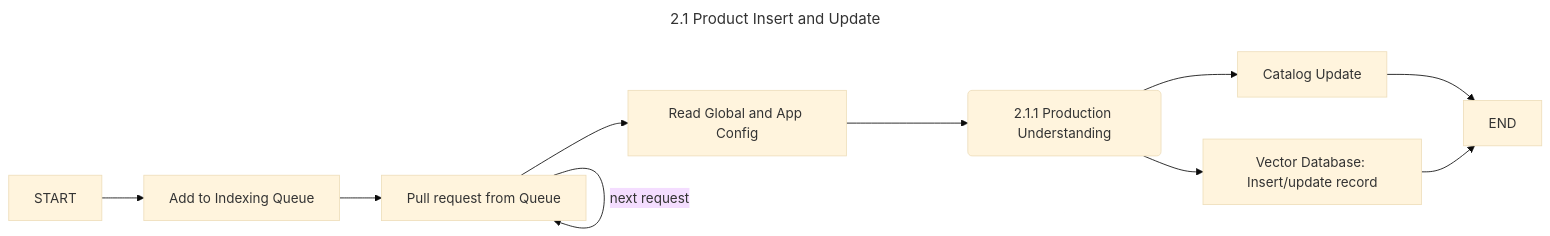
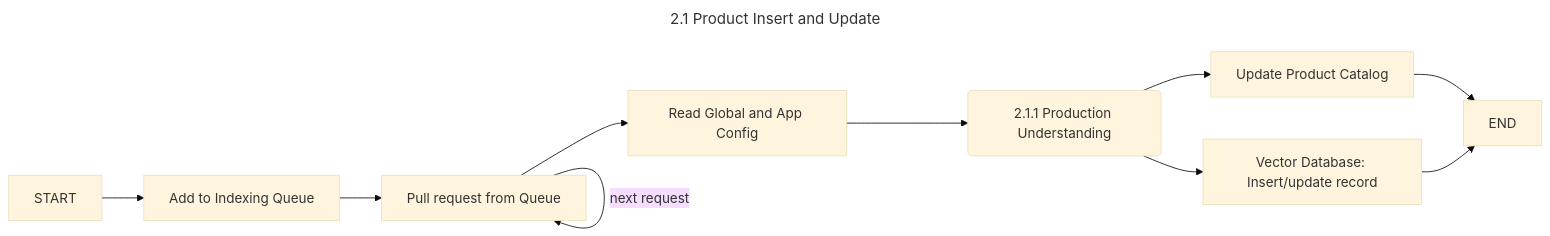
The diagram in 2_2_1_Insert_update_product.md (zchangvs/diagram), drawn with Mermaid (base theme) before and after one commit.

````diff
--- a/2_2_1_Insert_update_product.md
+++ b/2_2_1_Insert_update_product.md
@@ -1,15 +1,15 @@
 ```mermaid
 ---
 title: 2.1 Product Insert and Update
 ---
 flowchart LR
     ST[START] --> IQ[Add to Indexing Queue]
     IQ --> PQ[Pull request from Queue]
     PQ -- next request --> PQ
     PQ --> RC[Read Global and App Config]
     RC --> PU(2.1.1 Production Understanding)
-    PU --> CU[Catalog Update]
+    PU --> CU[Update Product Catalog]
     PU --> VD[Vector Database: Insert/update record]
     CU --> ED[END]
     VD --> ED
 ```
````
